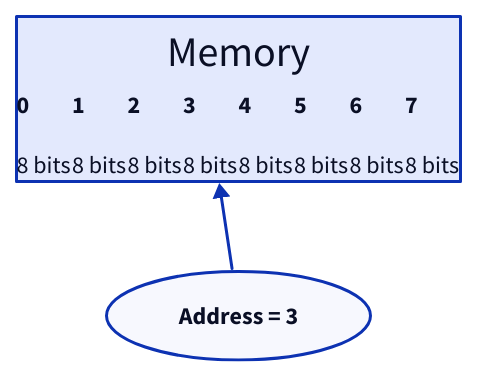
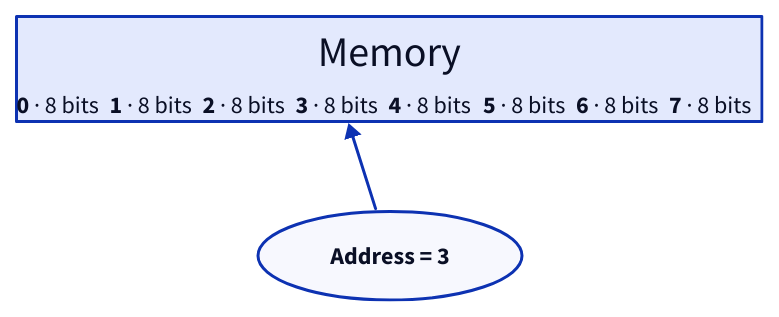
Diagram 13 of 19 in src/computer-science/DSA/data-structures/1.arrays/01-introduction.md (ani2fun/note-book), drawn with D2 before and after one commit. The commit also changed other lines of this file, not shown here.

````diff
--- a/src/computer-science/DSA/data-structures/1.arrays/01-introduction.md
+++ b/src/computer-science/DSA/data-structures/1.arrays/01-introduction.md
@@ -758,53 +732,37 @@
 ```d2
 direction: right
 
 mem: Memory {
   grid-columns: 8
   grid-gap: 0
   b0: |md
-    **0**
-
-    8 bits
+    **0** · 8 bits
   |
   b1: |md
-    **1**
-
-    8 bits
+    **1** · 8 bits
   |
   b2: |md
-    **2**
-
-    8 bits
+    **2** · 8 bits
   |
   b3: |md
-    **3**
-
-    8 bits
+    **3** · 8 bits
   |
   b4: |md
-    **4**
-
-    8 bits
+    **4** · 8 bits
   |
   b5: |md
-    **5**
-
-    8 bits
+    **5** · 8 bits
   |
   b6: |md
-    **6**
-
-    8 bits
+    **6** · 8 bits
   |
   b7: |md
-    **7**
-
-    8 bits
+    **7** · 8 bits
   |
 }
 
 addr: Address = 3 {
   shape: oval
 }
 addr -> mem.b3
 ```
````
